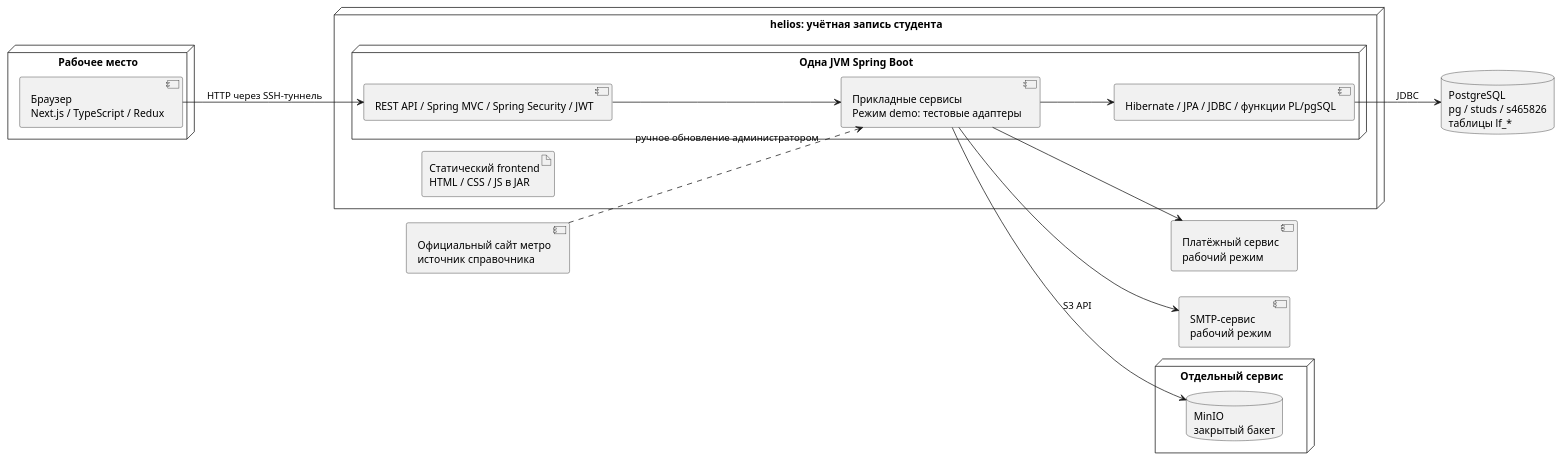
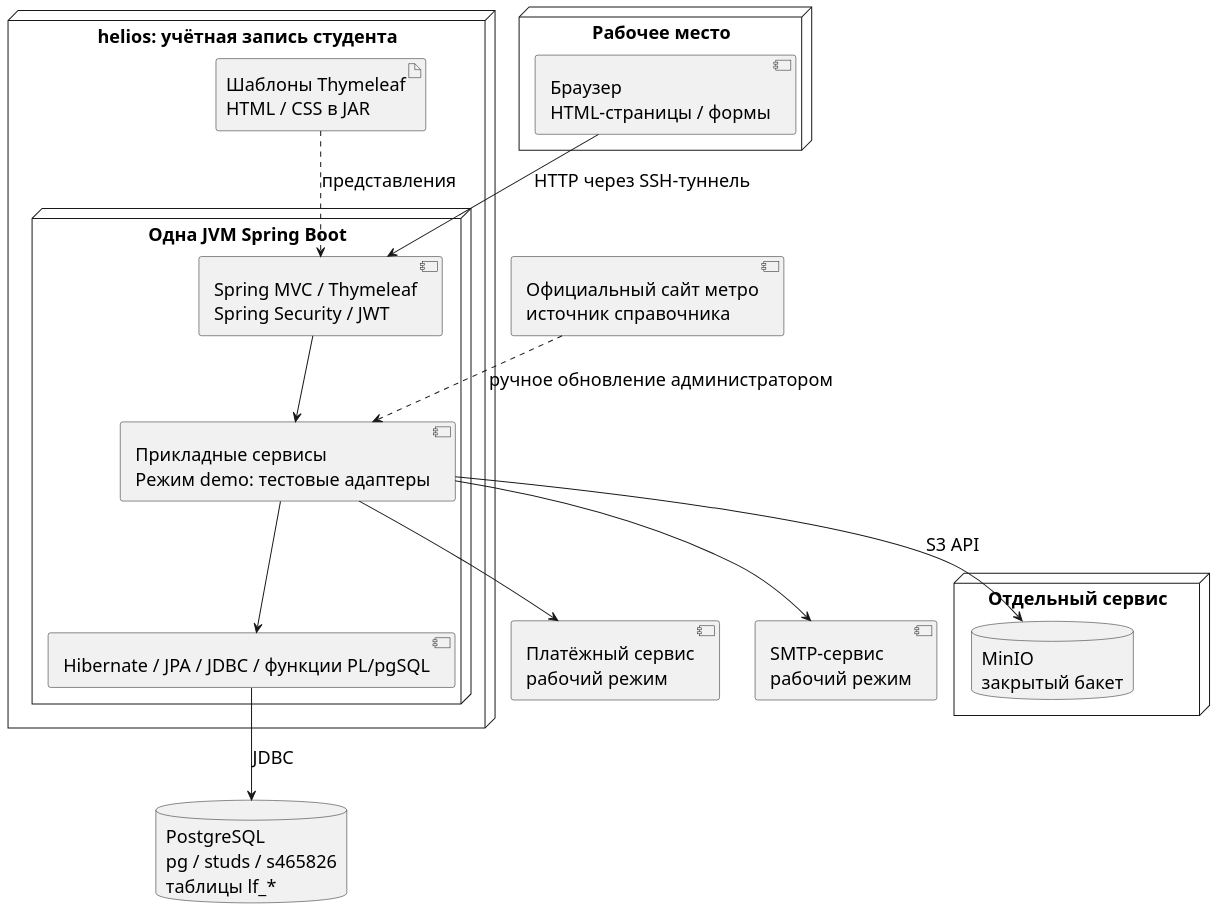
One commit to evgrart/Information-system-course-work changed the diagram in docs/part1/uml/04_architecture.puml. Above: the diagram before and after it, drawn with PlantUML. The commit also changed 12 other files, not shown here.

Commit message:
docs: align architecture with Java and regenerate all coursework reports

```diff
--- a/docs/part1/uml/04_architecture.puml
+++ b/docs/part1/uml/04_architecture.puml
@@ -1,31 +1,34 @@
 @startuml
-left to right direction
+top to bottom direction
+skinparam dpi 130
+skinparam defaultFontSize 18
 skinparam shadowing false
 skinparam defaultFontName Arial
 node "Рабочее место" {
-component "Браузер\nNext.js / TypeScript / Redux" as Browser
+component "Браузер\nHTML-страницы / формы" as Browser
 }
 node "helios: учётная запись студента" {
 node "Одна JVM Spring Boot" {
-component "REST API / Spring MVC / Spring Security / JWT" as Web
+component "Spring MVC / Thymeleaf\nSpring Security / JWT" as Web
 component "Прикладные сервисы\nРежим demo: тестовые адаптеры" as Services
 component "Hibernate / JPA / JDBC / функции PL/pgSQL" as Repo
 }
-artifact "Статический frontend\nHTML / CSS / JS в JAR" as Frontend
+artifact "Шаблоны Thymeleaf\nHTML / CSS в JAR" as Frontend
 }
 database "PostgreSQL\npg / studs / s465826\nтаблицы lf_*" as DB
 node "Отдельный сервис" {
 database "MinIO\nзакрытый бакет" as Files
 }
 component "Платёжный сервис\nрабочий режим" as Pay
 component "SMTP-сервис\nрабочий режим" as Mail
 component "Официальный сайт метро\nисточник справочника" as Metro
 Browser --> Web : HTTP через SSH-туннель
 Web --> Services
+Frontend ..> Web : представления
 Services --> Repo
 Repo --> DB : JDBC
 Services --> Files : S3 API
 Services --> Pay
 Services --> Mail
 Metro ..> Services : ручное обновление администратором
 @enduml
```
